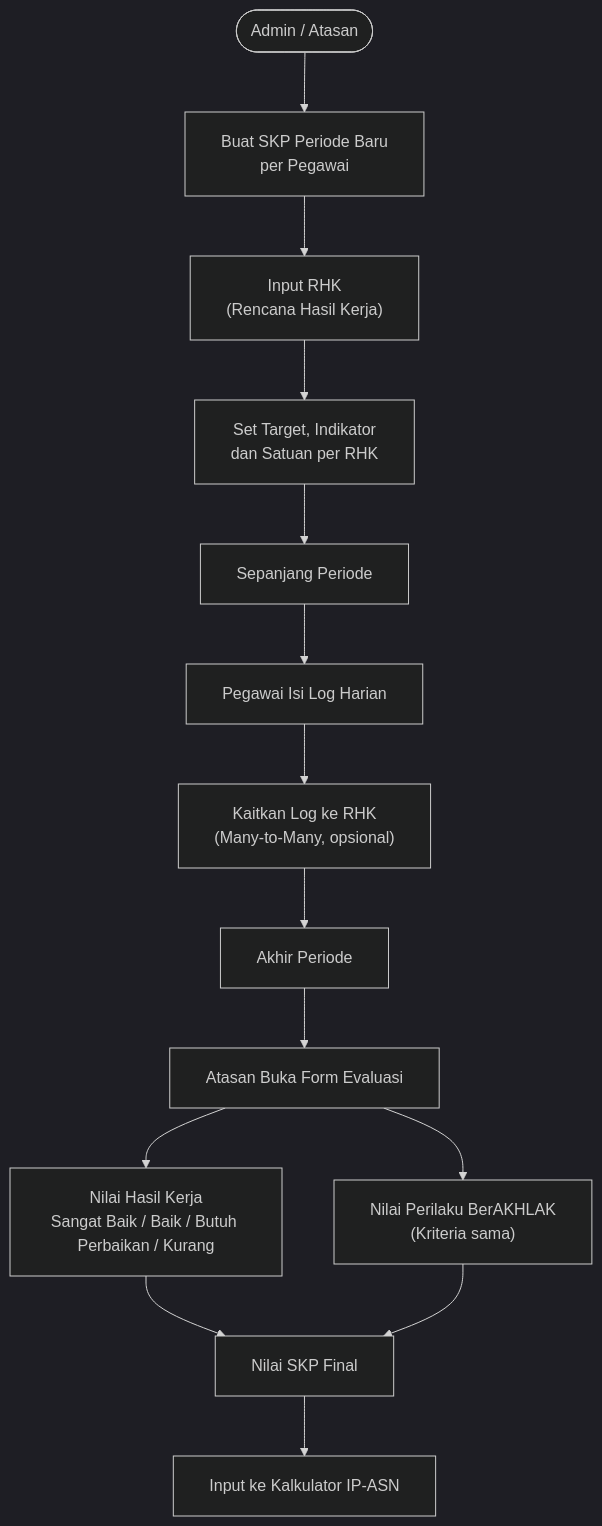
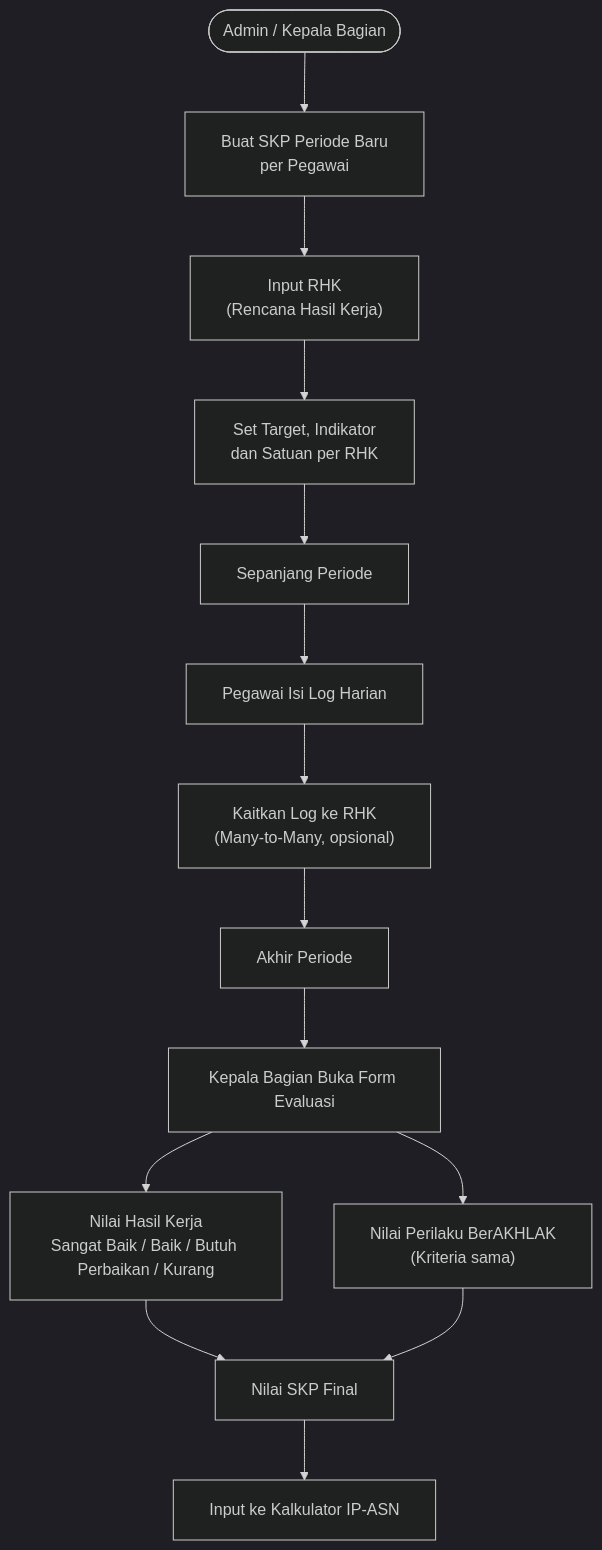
The sixth of 10 diagrams in SIMPEG-v0.4-diagrams-extracted/SIMPEG-v0.4-diagrams.md (Diyoncrz18/simpeg-diagram-lldikti), drawn with Mermaid before and after one commit. The commit also changed other lines of this file and 27 other files, not shown here.

````diff
--- a/SIMPEG-v0.4-diagrams-extracted/SIMPEG-v0.4-diagrams.md
+++ b/SIMPEG-v0.4-diagrams-extracted/SIMPEG-v0.4-diagrams.md
@@ -133,17 +133,17 @@
 ```mermaid
 %%{init:{"flowchart":{"nodeSpacing":52,"rankSpacing":60,"padding":18},"theme":"dark"}}%%
 flowchart TD
-    A(["Admin / Atasan"]) --> B["Buat SKP Periode Baru\nper Pegawai"]
+    A(["Admin / Kepala Bagian"]) --> B["Buat SKP Periode Baru\nper Pegawai"]
     B --> C["Input RHK\n(Rencana Hasil Kerja)"]
     C --> D["Set Target, Indikator\ndan Satuan per RHK"]
     D --> E[Sepanjang Periode]
     E --> F["Pegawai Isi Log Harian"]
     F --> G["Kaitkan Log ke RHK\n(Many-to-Many, opsional)"]
     G --> H[Akhir Periode]
-    H --> I["Atasan Buka Form Evaluasi"]
+    H --> I["Kepala Bagian Buka Form Evaluasi"]
     I --> J["Nilai Hasil Kerja\nSangat Baik / Baik / Butuh Perbaikan / Kurang"]
     I --> K["Nilai Perilaku BerAKHLAK\n(Kriteria sama)"]
     J --> L[Nilai SKP Final]
     K --> L
     L --> M[Input ke Kalkulator IP-ASN]
 ```
````
